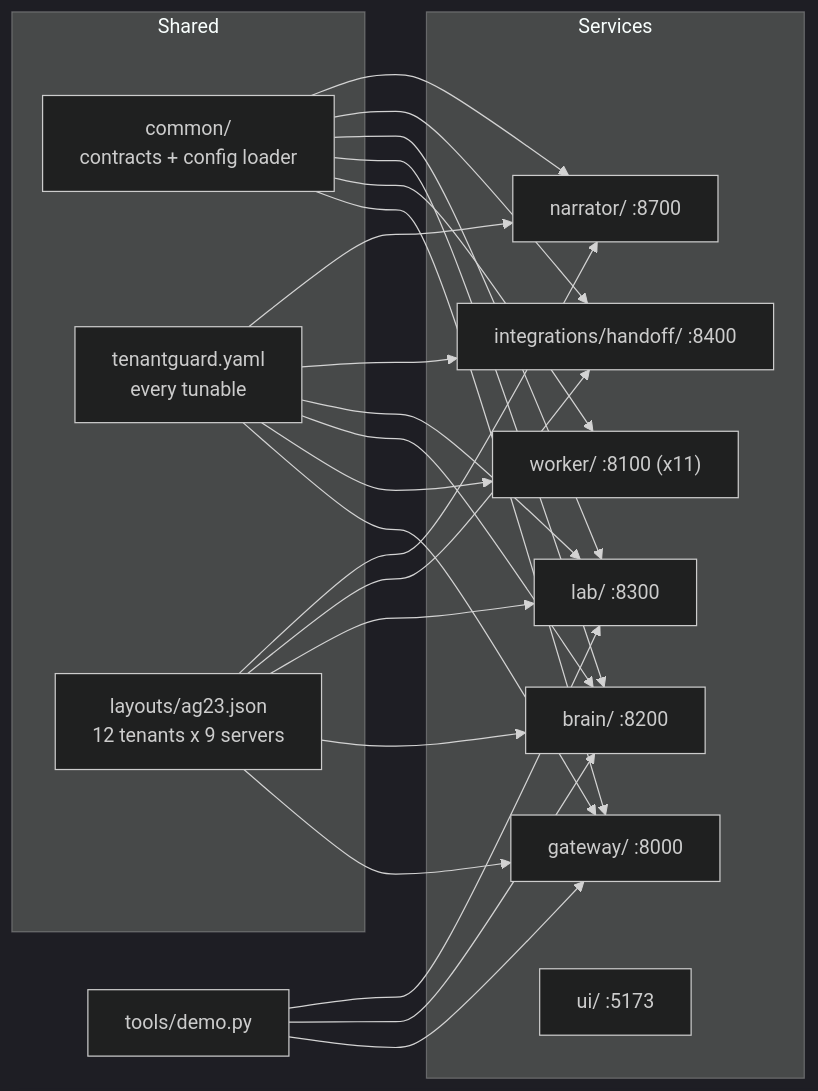
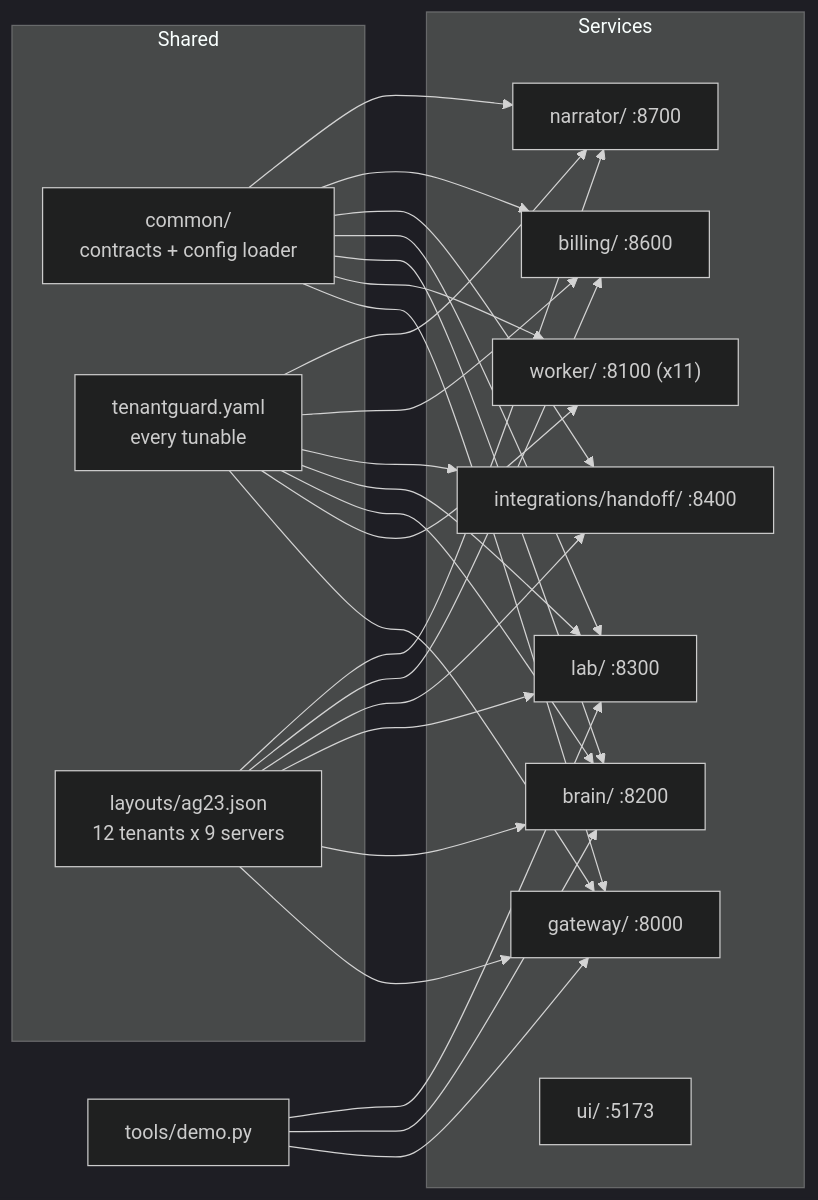
One commit to yashodeepchaudhari/tenantguard changed the diagram in prototype-docs/00_INDEX.md. Above: the diagram before and after it, drawn with Mermaid (dark theme). The commit also changed other lines of this file and 23 other files, not shown here.

Commit message:
Prototype docs: catalogs, sequences, config, risks and testing describe the final master; new billing catalog

````diff
--- a/prototype-docs/00_INDEX.md
+++ b/prototype-docs/00_INDEX.md
@@ -48,22 +49,23 @@
 ```mermaid
 flowchart LR
   subgraph shared["Shared"]
     common["common/<br/>contracts + config loader"]
     yaml["tenantguard.yaml<br/>every tunable"]
     layout["layouts/ag23.json<br/>12 tenants x 9 servers"]
   end
   subgraph services["Services"]
     gateway["gateway/ :8000"]
     worker["worker/ :8100 (x11)"]
     brain["brain/ :8200"]
     lab["lab/ :8300"]
     handoff["integrations/handoff/ :8400"]
+    billing["billing/ :8600"]
     narrator["narrator/ :8700"]
     ui["ui/ :5173"]
   end
   tools["tools/demo.py"]
-  common --> gateway & worker & brain & lab & handoff & narrator
-  yaml --> gateway & worker & brain & lab & handoff & narrator
-  layout --> gateway & brain & lab & handoff & narrator
+  common --> gateway & worker & brain & lab & handoff & billing & narrator
+  yaml --> gateway & worker & brain & lab & handoff & billing & narrator
+  layout --> gateway & brain & lab & handoff & billing & narrator
   tools --> gateway & brain & lab
 ```
````
